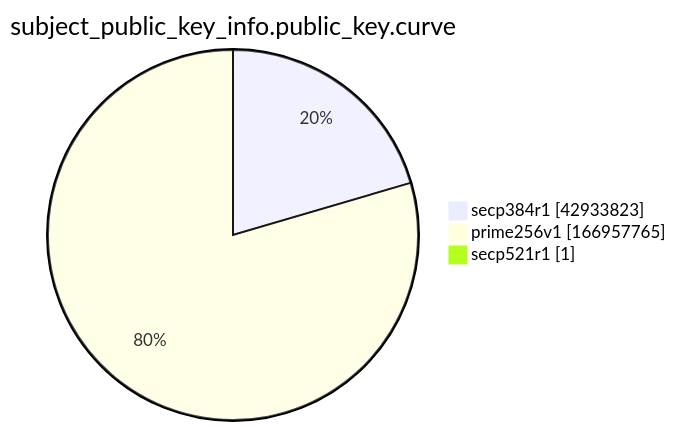
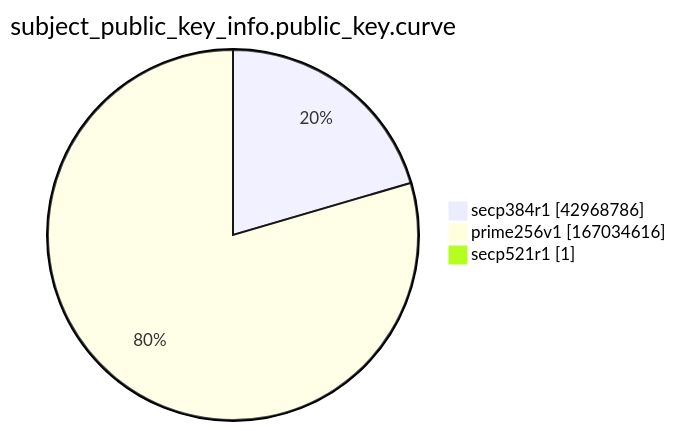
One commit to christiankrug/ctmonitor_visualization changed the ninth of 15 diagrams in xenon2022/README.md. Above: the diagram before and after it, drawn with Mermaid. The commit also changed other lines of this file, not shown here.

````diff
--- a/xenon2022/README.md
+++ b/xenon2022/README.md
@@ -2869,7 +2869,7 @@
 ```mermaid
 pie showData
 title subject_public_key_info.public_key.curve
-"secp384r1" :42933823
-"prime256v1" :166957765
+"secp384r1" :42968786
+"prime256v1" :167034616
 "secp521r1" :1
 ```
````
